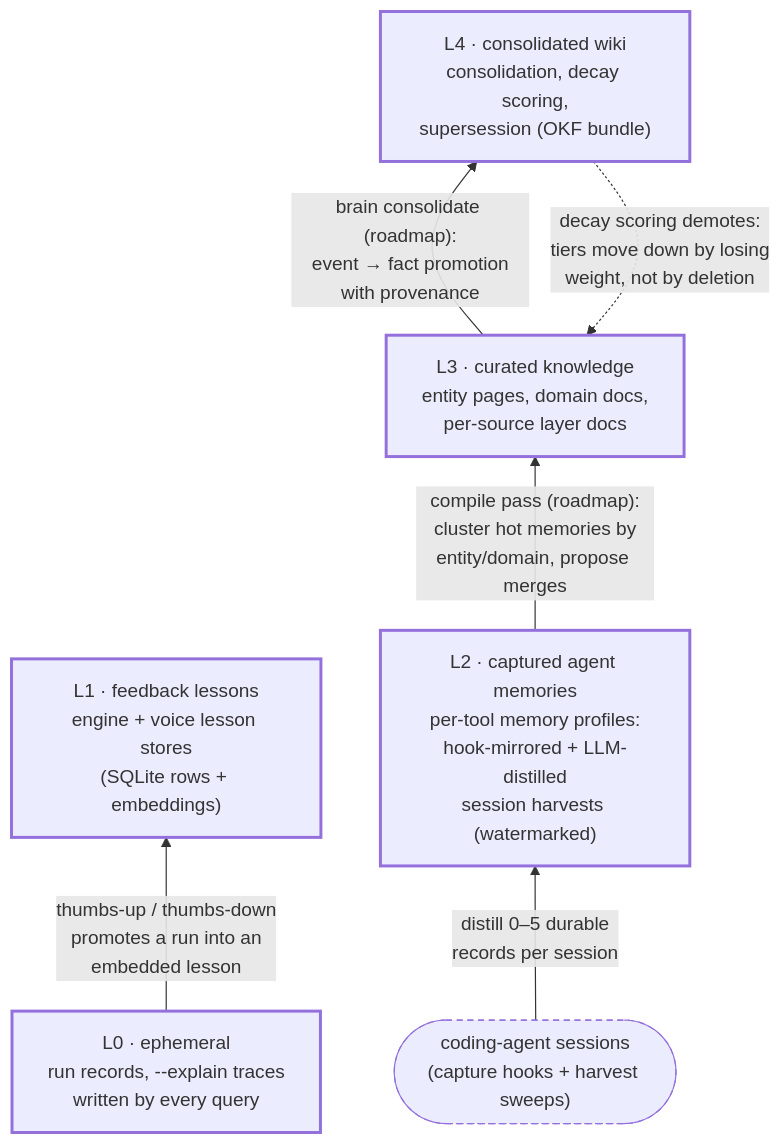
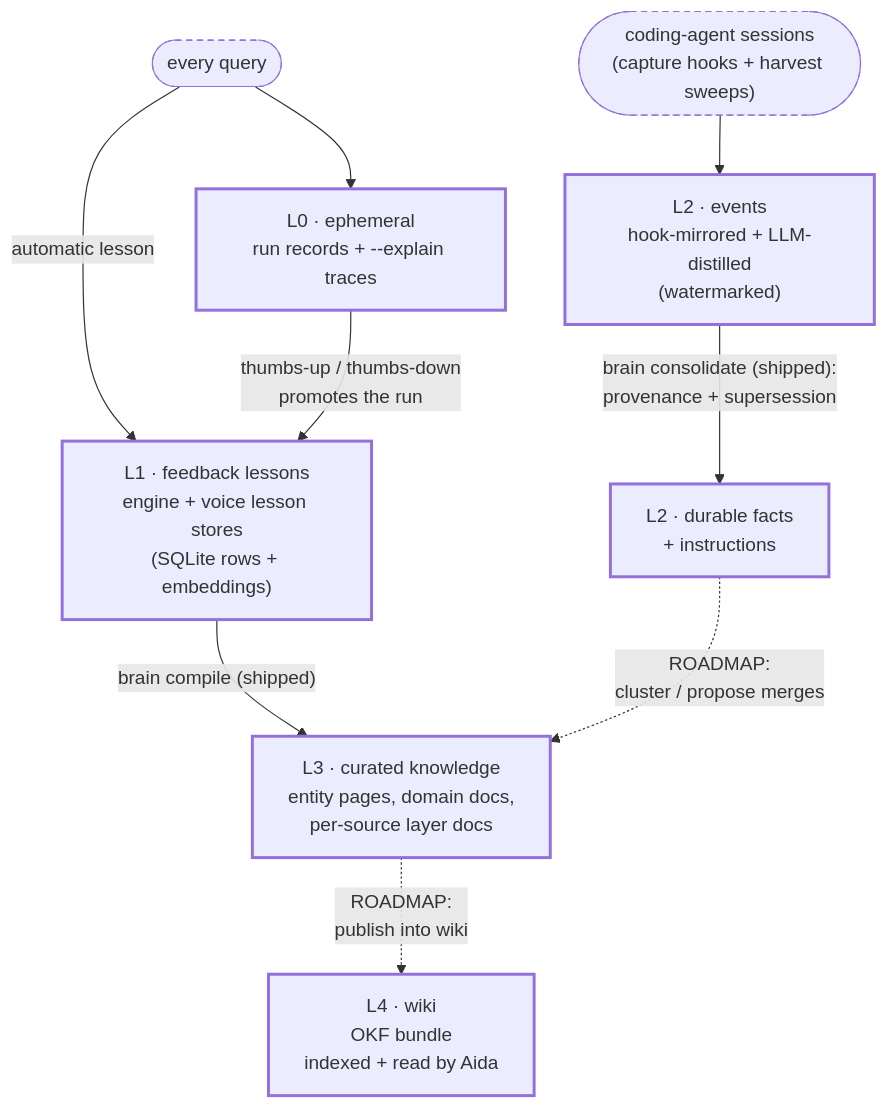
One commit to ryanlitalien-apps/website changed the diagram in _posts/2026-09-15-aida-part-3-how-it-remembers.md. Above: the diagram before and after it, drawn with Mermaid. The commit also changed other lines of this file and 1 other file, not shown here.

Commit message:
Correct Aida Mermaid diagrams

````diff
--- a/_posts/2026-09-15-aida-part-3-how-it-remembers.md
+++ b/_posts/2026-09-15-aida-part-3-how-it-remembers.md
@@ -124,17 +124,16 @@
 ```mermaid
-flowchart BT
-    L0["L0 · ephemeral<br/>run records, --explain traces<br/>written by every query"]:::tier
-    L1["L1 · feedback lessons<br/>engine + voice lesson stores<br/>(SQLite rows + embeddings)"]:::tier
-    L2["L2 · captured agent memories<br/>per-tool memory profiles:<br/>hook-mirrored + LLM-distilled<br/>session harvests (watermarked)"]:::tier
-    L3["L3 · curated knowledge<br/>entity pages, domain docs,<br/>per-source layer docs"]:::tier
-    L4["L4 · consolidated wiki<br/>consolidation, decay scoring,<br/>supersession (OKF bundle)"]:::tier
+flowchart TD
+    Q(["every query"]):::ext --> L0["L0 · ephemeral<br/>run records + --explain traces"]:::tier
+    Q -- "automatic lesson" --> L1["L1 · feedback lessons<br/>engine + voice lesson stores<br/>(SQLite rows + embeddings)"]:::tier
+    L0 -- "thumbs-up / thumbs-down<br/>promotes the run" --> L1
 
-    L0 -- "thumbs-up / thumbs-down<br/>promotes a run into an<br/>embedded lesson" --> L1
-    SESS(["coding-agent sessions<br/>(capture hooks + harvest sweeps)"]):::ext -- "distill 0–5 durable<br/>records per session" --> L2
-    L2 -- "compile pass (roadmap):<br/>cluster hot memories by<br/>entity/domain, propose merges" --> L3
-    L3 -- "brain consolidate (roadmap):<br/>event → fact promotion<br/>with provenance" --> L4
-    L4 -. "decay scoring demotes:<br/>tiers move down by losing<br/>weight, not by deletion" .-> L3
+    SESS(["coding-agent sessions<br/>(capture hooks + harvest sweeps)"]):::ext --> E["L2 · events<br/>hook-mirrored + LLM-distilled<br/>(watermarked)"]:::tier
+    E -- "brain consolidate (shipped):<br/>provenance + supersession" --> F["L2 · durable facts<br/>+ instructions"]:::tier
+
+    L1 -- "brain compile (shipped)" --> L3["L3 · curated knowledge<br/>entity pages, domain docs,<br/>per-source layer docs"]:::tier
+    F -. "ROADMAP:<br/>cluster / propose merges" .-> L3
+    L3 -. "ROADMAP:<br/>publish into wiki" .-> L4["L4 · wiki<br/>OKF bundle<br/>indexed + read by Aida"]:::tier
 
     classDef tier stroke-width:2.5px;
     classDef ext stroke-dasharray: 5 4;
 ```
````
